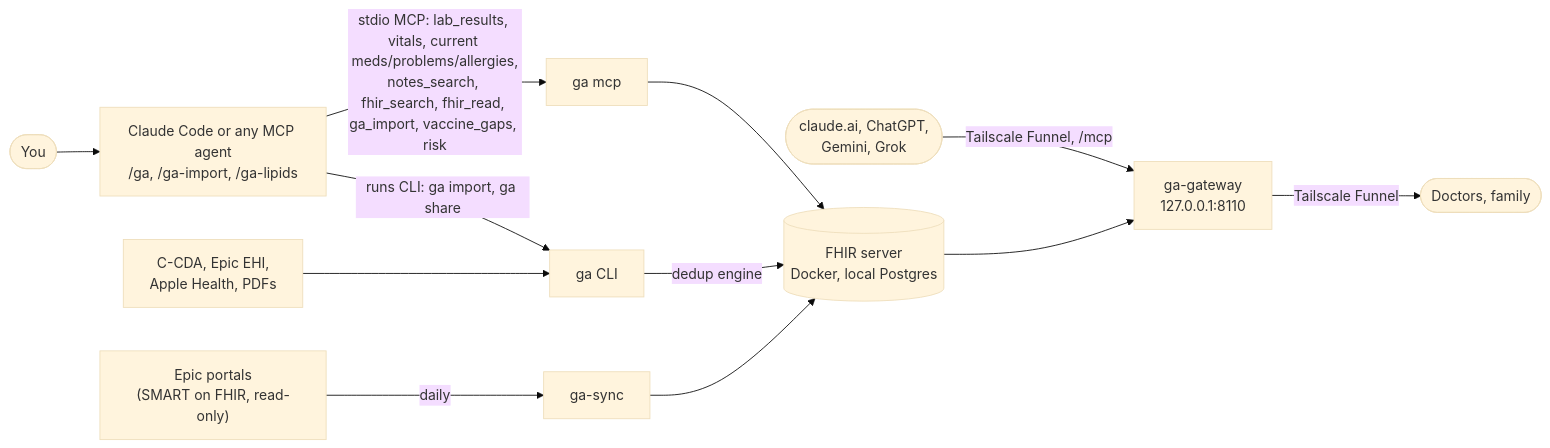
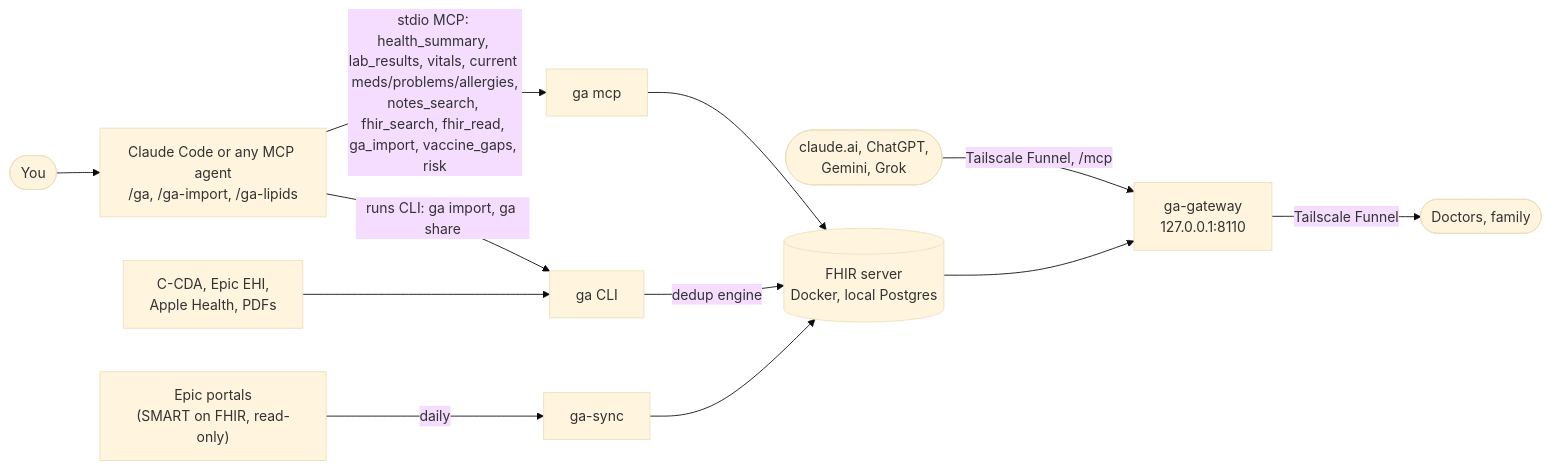
The diagram in README.md (seouri/ga-server), drawn with Mermaid (base theme) before and after one commit. The commit also changed 5 other files, not shown here.

Commit message:
docs: health_summary first, lab_results summary for trends (skill, AGENTS.md, usage, chat apps, README)

````diff
--- a/README.md
+++ b/README.md
@@ -36,12 +36,12 @@
 ```mermaid
 flowchart LR
   you([You]) --> agent["Claude Code or any MCP agent<br/>/ga, /ga-import, /ga-lipids"]
-  agent -- "stdio MCP: lab_results, vitals, current meds/problems/allergies,<br/>notes_search, fhir_search, fhir_read, ga_import, vaccine_gaps, risk" --> mcp["ga mcp"]
+  agent -- "stdio MCP: health_summary, lab_results, vitals, current meds/problems/allergies,<br/>notes_search, fhir_search, fhir_read, ga_import, vaccine_gaps, risk" --> mcp["ga mcp"]
   apps(["claude.ai, ChatGPT,<br/>Gemini, Grok"]) -- "Tailscale Funnel, /mcp" --> gateway
   agent -- "runs CLI: ga import, ga share" --> cli["ga CLI"]
   mcp --> fhir[("FHIR server<br/>Docker, local Postgres")]
   cli -- "dedup engine" --> fhir
   files["C-CDA, Epic EHI,<br/>Apple Health, PDFs"] --> cli
   epic["Epic portals<br/>(SMART on FHIR, read-only)"] -- "daily" --> sync["ga-sync"] --> fhir
   fhir --> gateway["ga-gateway<br/>127.0.0.1:8110"] -- "Tailscale Funnel" --> people(["Doctors, family"])
 ```
````
